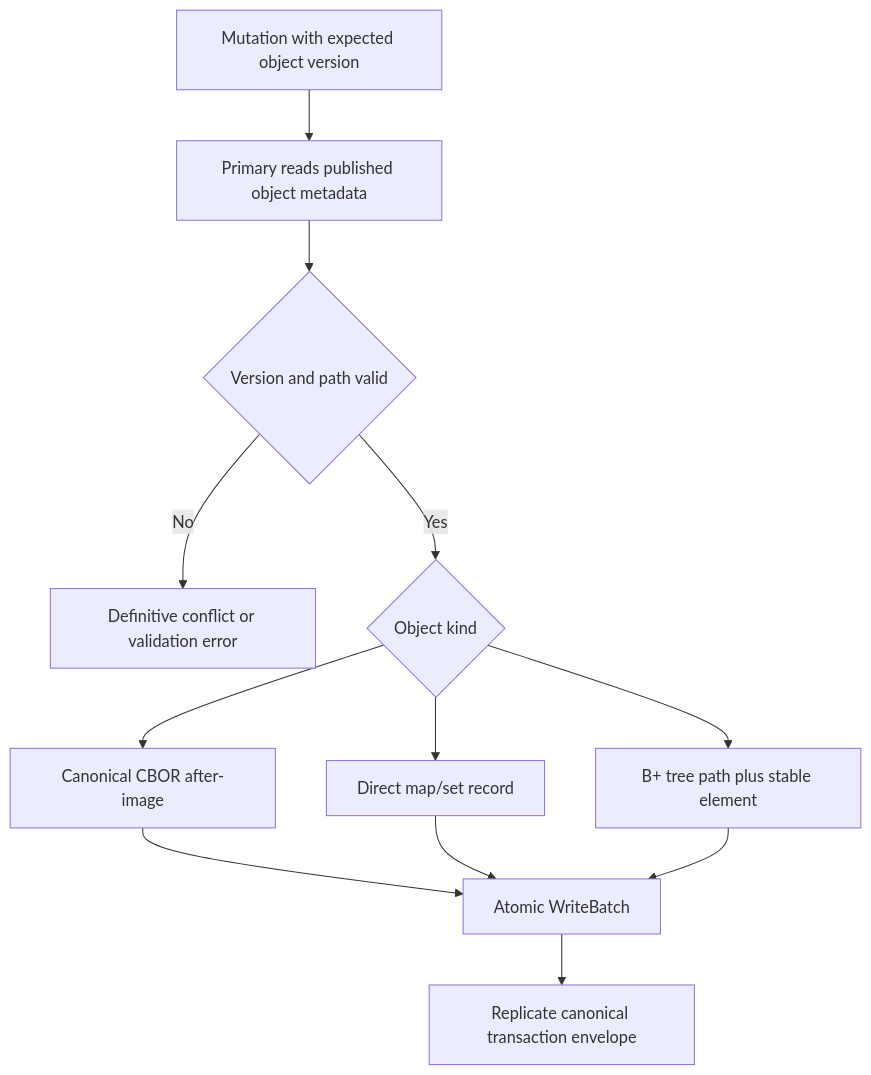
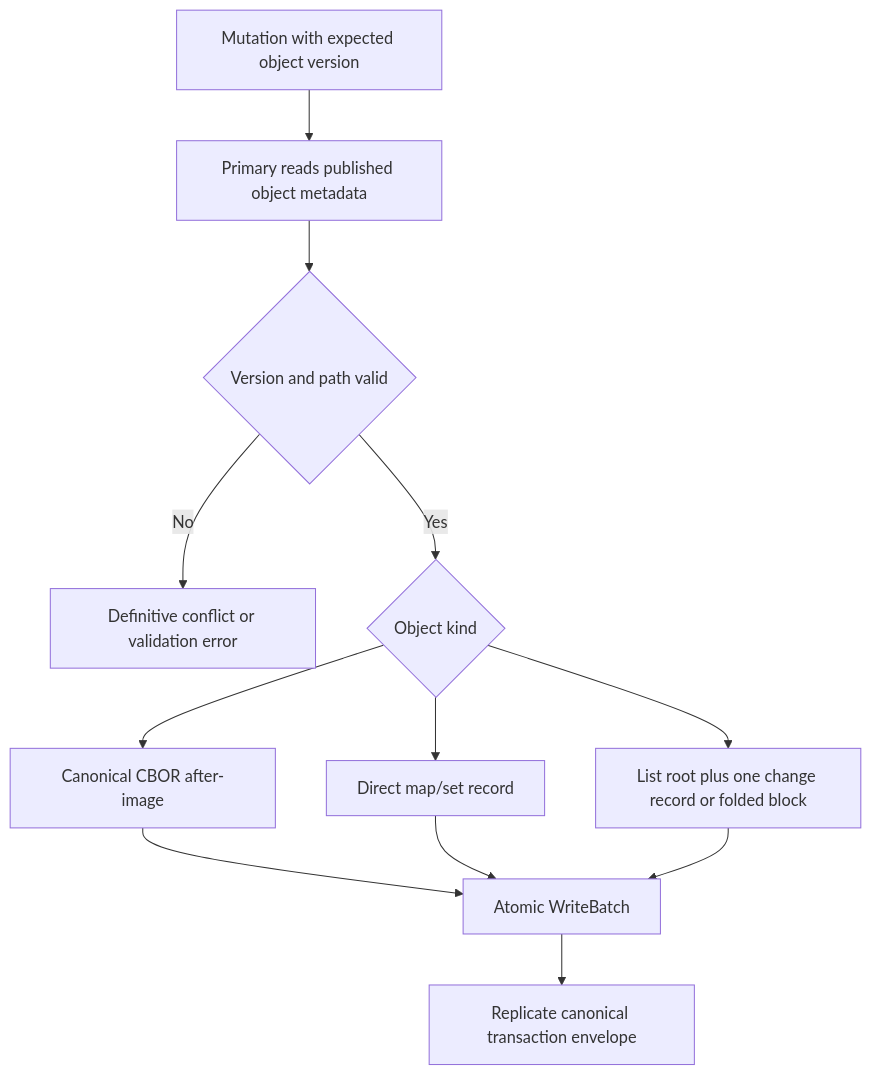
The sixth of 29 diagrams in docs/rdb/design-specification.md (achieveai/rDB), drawn with Mermaid before and after one commit. The commit also changed other lines of this file and 36 other files, not shown here.

````diff
--- a/docs/rdb/design-specification.md
+++ b/docs/rdb/design-specification.md
@@ -220,14 +220,14 @@
 ```mermaid
 flowchart TD
   Q[Mutation with expected object version] --> R[Primary reads published object metadata]
   R --> V{Version and path valid}
   V -->|No| X[Definitive conflict or validation error]
   V -->|Yes| K{Object kind}
   K --> D[Canonical CBOR after-image]
   K --> M[Direct map/set record]
-  K --> L[B+ tree path plus stable element]
+  K --> L[List root plus one change record or folded block]
   D --> B[Atomic WriteBatch]
   M --> B
   L --> B
   B --> P[Replicate canonical transaction envelope]
 ```
````
